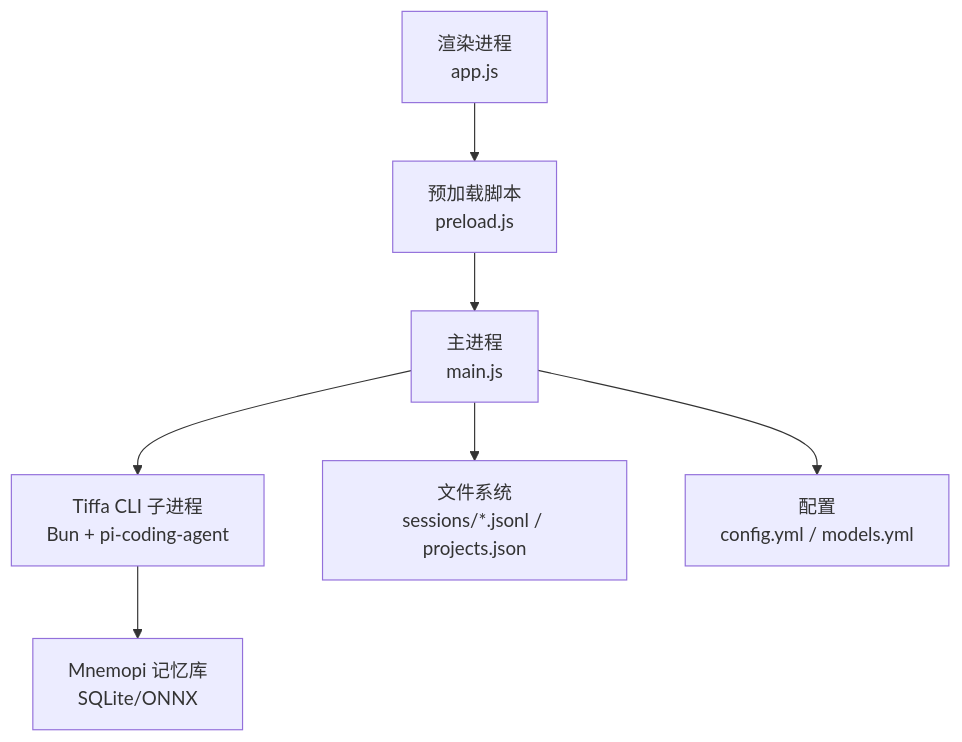
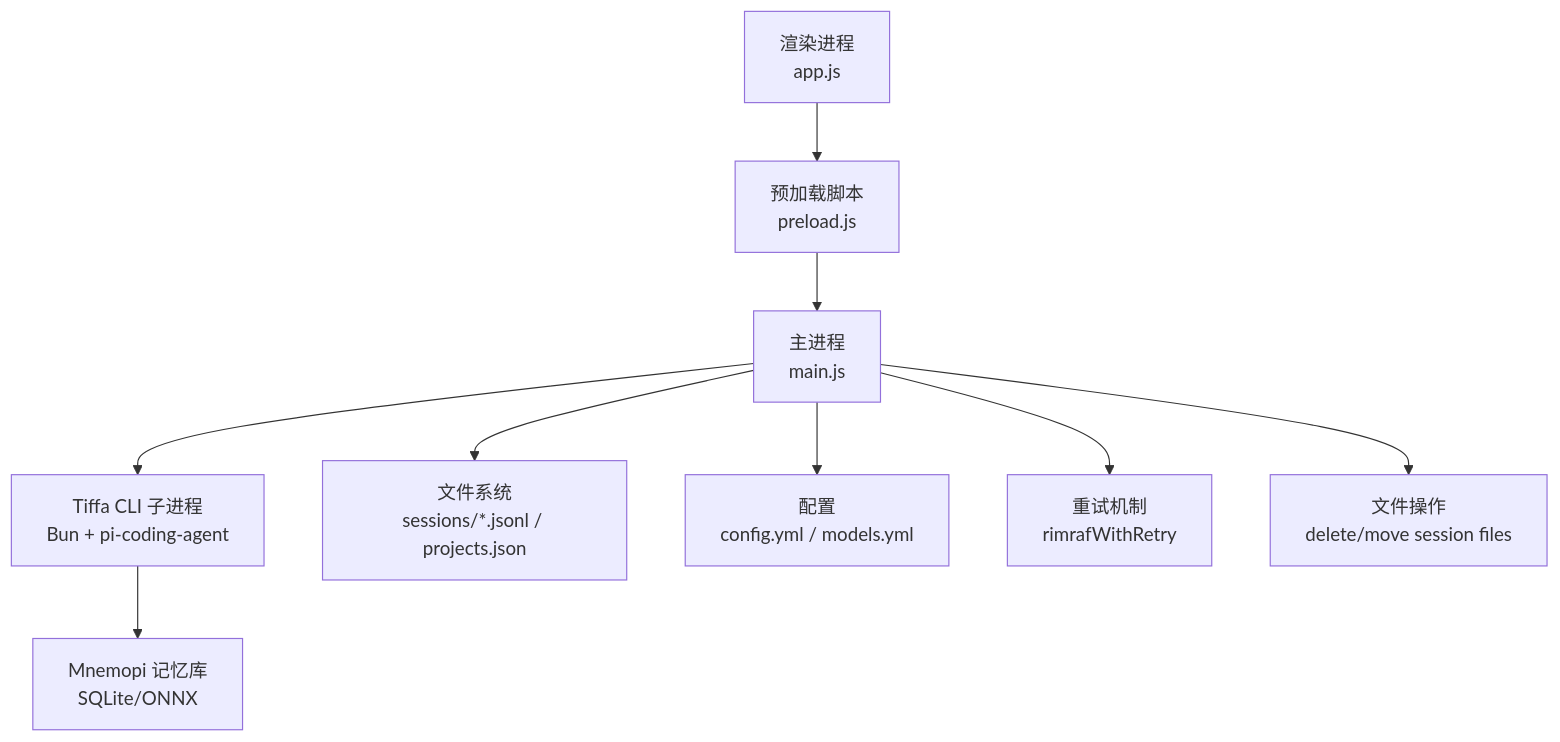
Before and after one commit to swond-Mao/Tiffa: the first of 10 diagrams in .qoder/repowiki/zh/content/核心架构/会话管理与上下文恢复.md, drawn with Mermaid. The commit also changed other lines of this file and 49 other files, not shown here.

````diff
--- a/.qoder/repowiki/zh/content/核心架构/会话管理与上下文恢复.md
+++ b/.qoder/repowiki/zh/content/核心架构/会话管理与上下文恢复.md
@@ -48,9 +53,11 @@
 ```mermaid
 graph TB
 UI["渲染进程<br/>app.js"] --> Preload["预加载脚本<br/>preload.js"]
 Preload --> Main["主进程<br/>main.js"]
 Main --> CLI["Tiffa CLI 子进程<br/>Bun + pi-coding-agent"]
 Main --> FS["文件系统<br/>sessions/*.jsonl / projects.json"]
 Main --> Config["配置<br/>config.yml / models.yml"]
 CLI --> Memory["Mnemopi 记忆库<br/>SQLite/ONNX"]
+Main --> RetryMech["重试机制<br/>rimrafWithRetry"]
+Main --> FileOps["文件操作<br/>delete/move session files"]
 ```
````
